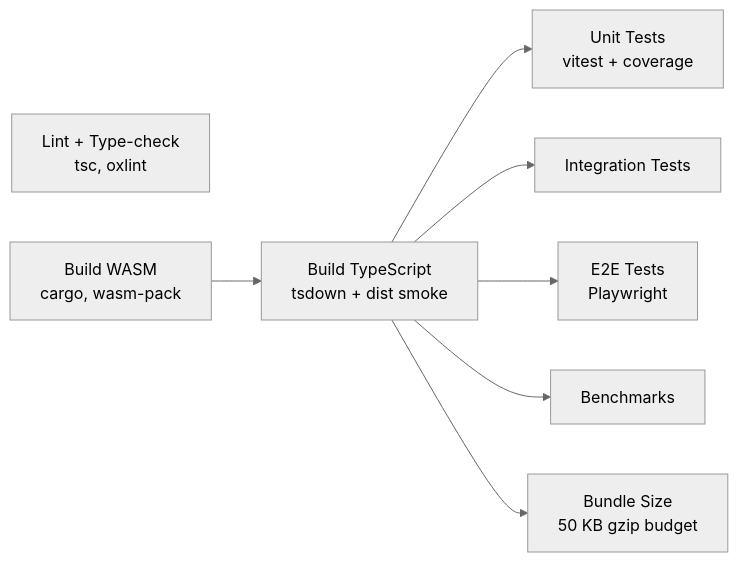
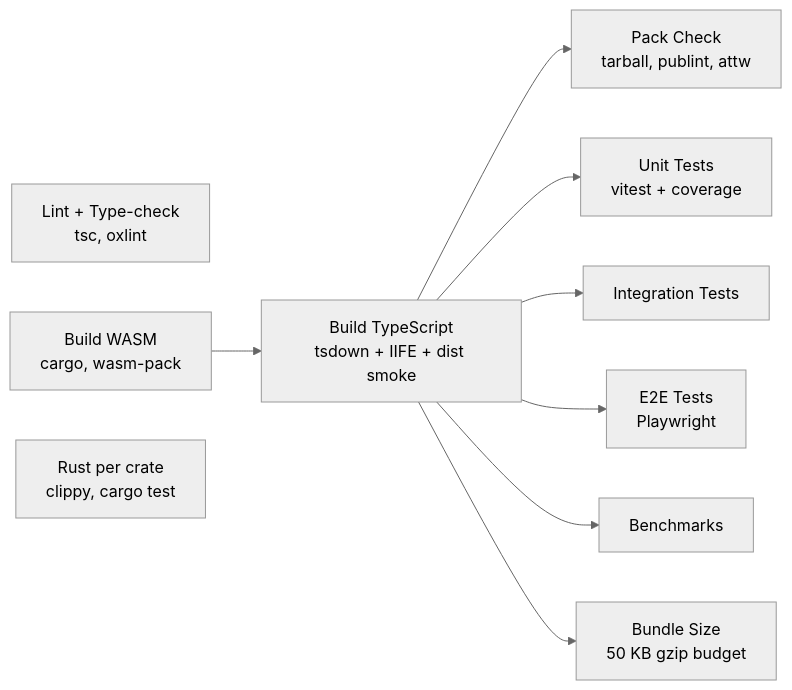
One commit to ABCrimson/modern-pdf-lib changed the diagram in CONTRIBUTING.md. Above: the diagram before and after it, drawn with Mermaid (neutral theme). The commit also changed other lines of this file and 39 other files, not shown here.

````diff
--- a/CONTRIBUTING.md
+++ b/CONTRIBUTING.md
@@ -189,18 +203,21 @@
 ```mermaid
 flowchart LR
   L["Lint + Type-check<br/>tsc, oxlint"]
   W["Build WASM<br/>cargo, wasm-pack"]
-  T["Build TypeScript<br/>tsdown + dist smoke"]
+  T["Build TypeScript<br/>tsdown + IIFE + dist smoke"]
+  P["Pack Check<br/>tarball, publint, attw"]
   U["Unit Tests<br/>vitest + coverage"]
   I["Integration Tests"]
   E["E2E Tests<br/>Playwright"]
   B["Benchmarks"]
   S["Bundle Size<br/>50 KB gzip budget"]
+  R["Rust per crate<br/>clippy, cargo test"]
 
   W --> T
+  T --> P
   T --> U
   T --> I
   T --> E
   T --> B
   T --> S
 ```
````
